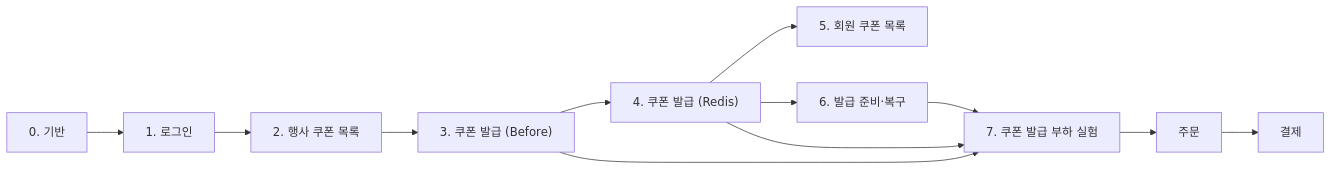
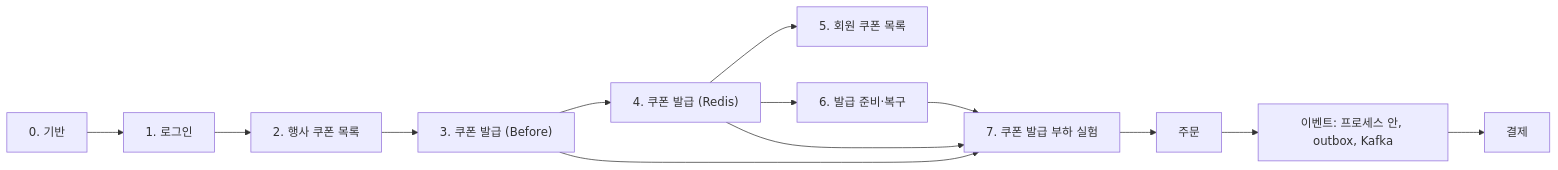
Before and after one commit to KAPUIST/flash-gate: the diagram in docs/reference/roadmap.md, drawn with Mermaid. The commit also changed other lines of this file and 25 other files, not shown here.

````diff
--- a/docs/reference/roadmap.md
+++ b/docs/reference/roadmap.md
@@ -6,14 +6,15 @@
 ```mermaid
 flowchart LR
     T0["0. 기반"] --> T1["1. 로그인"]
     T1 --> T2["2. 행사 쿠폰 목록"]
     T2 --> T3["3. 쿠폰 발급 (Before)"]
     T3 --> T4["4. 쿠폰 발급 (Redis)"]
     T4 --> T5["5. 회원 쿠폰 목록"]
     T4 --> T6["6. 발급 준비·복구"]
     T3 --> T7["7. 쿠폰 발급 부하 실험"]
     T4 --> T7
     T6 --> T7
     T7 --> S2["주문"]
-    S2 --> S3["결제"]
+    S2 --> EV["이벤트: 프로세스 안, outbox, Kafka"]
+    EV --> S3["결제"]
 ```
````
